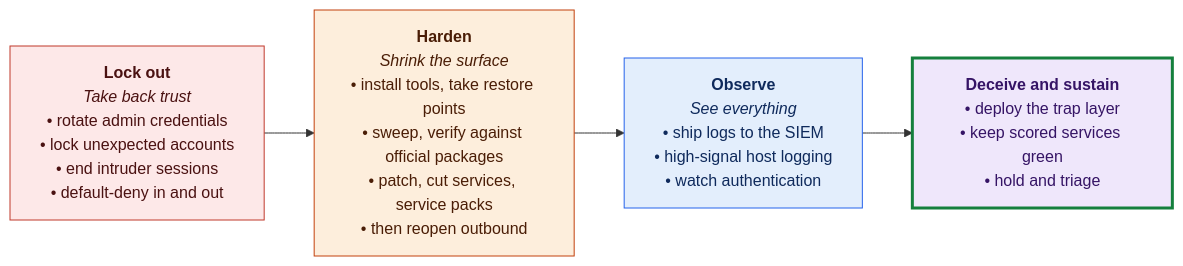
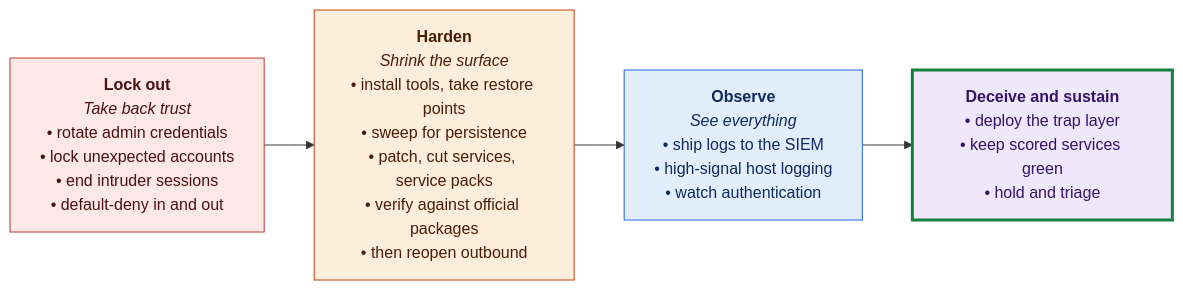
One commit to dotnetdork/Labyrinth changed the first of 2 diagrams in docs/Blueprint.md. Above: the diagram before and after it, drawn with Mermaid. The commit also changed other lines of this file and 27 other files, not shown here.

````diff
--- a/docs/Blueprint.md
+++ b/docs/Blueprint.md
@@ -62,17 +62,17 @@
 ```mermaid
 flowchart LR
     A["<b>Lock out</b><br/><i>Take back trust</i><br/>• rotate admin credentials<br/>• lock unexpected accounts<br/>• end intruder sessions<br/>• default-deny in and out"]
-    B["<b>Harden</b><br/><i>Shrink the surface</i><br/>• install tools, take restore points<br/>• sweep, verify against official packages<br/>• patch, cut services, service packs<br/>• then reopen outbound"]
+    B["<b>Harden</b><br/><i>Shrink the surface</i><br/>• install tools, take restore points<br/>• sweep for persistence<br/>• patch, cut services, service packs<br/>• verify against official packages<br/>• then reopen outbound"]
     C["<b>Observe</b><br/><i>See everything</i><br/>• ship logs to the SIEM<br/>• high-signal host logging<br/>• watch authentication"]
     D["<b>Deceive and sustain</b><br/>• deploy the trap layer<br/>• keep scored services green<br/>• hold and triage"]
     A --> B --> C --> D
     classDef lockout fill:#fde8e8,stroke:#c0392b,color:#4a1111
     classDef harden fill:#fdeedc,stroke:#c2410c,color:#4a1d06
     classDef observe fill:#e3eefc,stroke:#2563eb,color:#0f2a5c
     classDef deceive fill:#efe7fb,stroke:#7c3aed,color:#351465
     class A lockout
     class B harden
     class C observe
     class D deceive
     style D stroke:#15803d,stroke-width:3px
 ```
````
